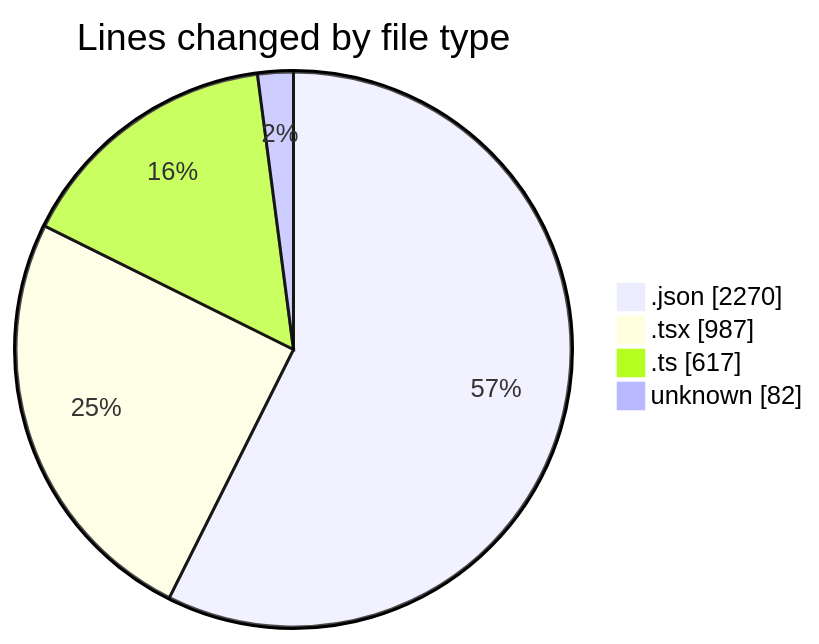
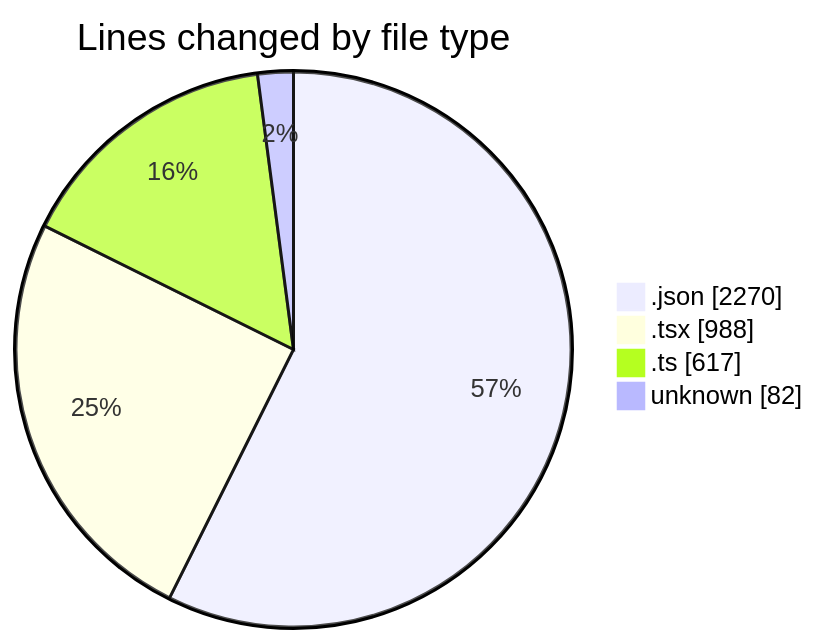
The first of 2 diagrams in 2025-10-29/eventscop-frontend-guide__workspace_/README.md (julien-gomy/code-tracking), drawn with Mermaid before and after one commit. The commit also changed other lines of this file and 1 other file, not shown here.

````diff
--- a/2025-10-29/eventscop-frontend-guide__workspace_/README.md
+++ b/2025-10-29/eventscop-frontend-guide__workspace_/README.md
@@ -45,8 +45,8 @@
 ```mermaid
 pie showData
 title Lines changed by file type
 ".json" : 2270
-".tsx" : 987
+".tsx" : 988
 ".ts" : 617
 "unknown" : 82
 ```
````
